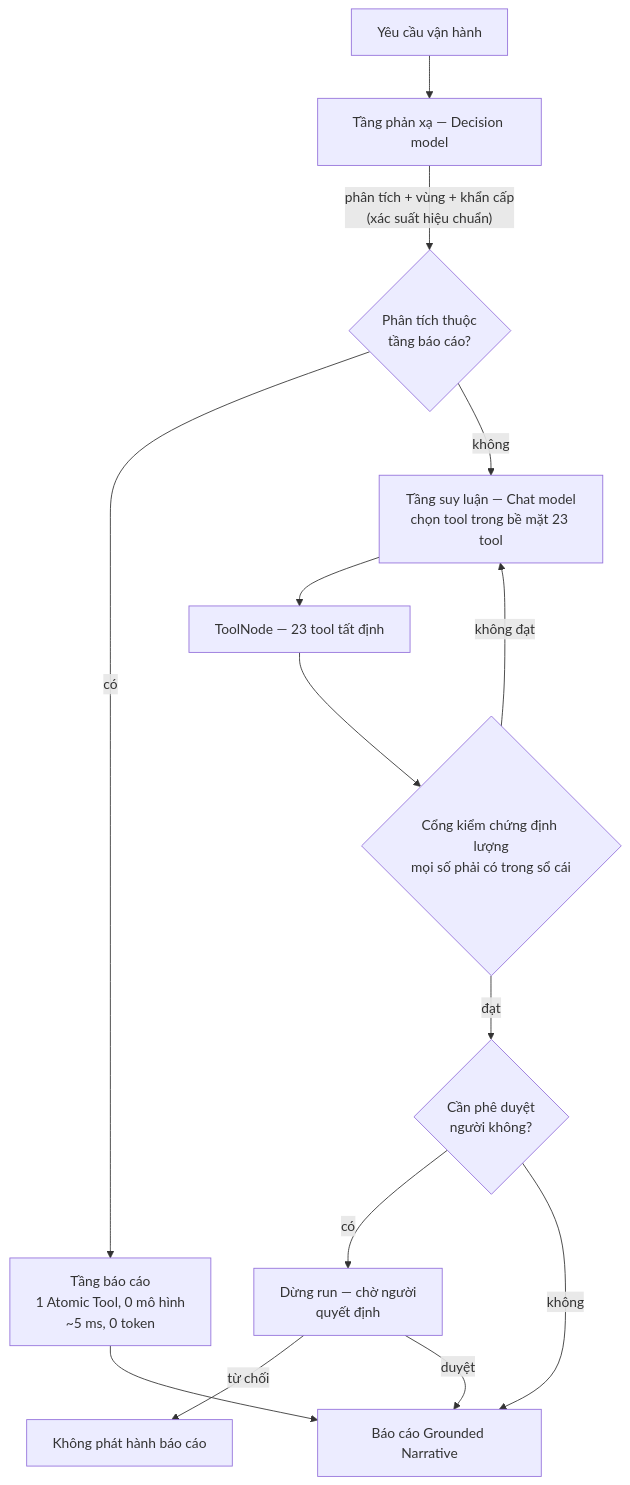
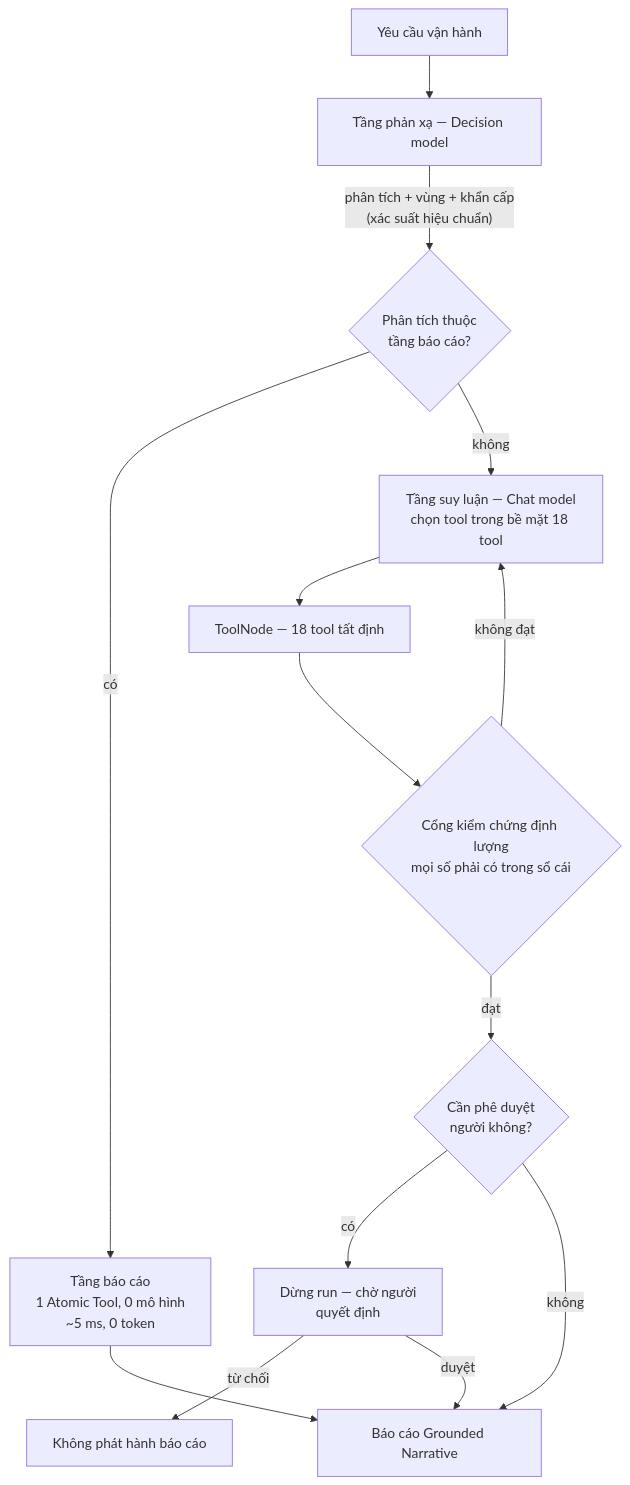
One commit to the-aris-club/flare-chronos changed the diagram in exports/MODEL_FLOW.md. Above: the diagram before and after it, drawn with Mermaid. The commit also changed 3 other files, not shown here.

````diff
--- a/exports/MODEL_FLOW.md
+++ b/exports/MODEL_FLOW.md
@@ -35,16 +35,16 @@
 ```mermaid
 flowchart TD
     Q["Yêu cầu vận hành"] --> S1["Tầng phản xạ — Decision model"]
     S1 -->|"phân tích + vùng + khẩn cấp<br/>(xác suất hiệu chuẩn)"| ROUTE{"Phân tích thuộc<br/>tầng báo cáo?"}
     ROUTE -->|"có"| FAST["Tầng báo cáo<br/>1 Atomic Tool, 0 mô hình<br/>~5 ms, 0 token"]
-    ROUTE -->|"không"| S2["Tầng suy luận — Chat model<br/>chọn tool trong bề mặt 23 tool"]
-    S2 --> TOOLS["ToolNode — 23 tool tất định"]
+    ROUTE -->|"không"| S2["Tầng suy luận — Chat model<br/>chọn tool trong bề mặt 18 tool"]
+    S2 --> TOOLS["ToolNode — 18 tool tất định"]
     TOOLS --> GATE{"Cổng kiểm chứng định lượng<br/>mọi số phải có trong sổ cái"}
     GATE -->|"đạt"| SIGN{"Cần phê duyệt<br/>người không?"}
     GATE -->|"không đạt"| S2
     SIGN -->|"có"| HUMAN["Dừng run — chờ người<br/>quyết định"]
     HUMAN -->|"từ chối"| NONE["Không phát hành báo cáo"]
     HUMAN -->|"duyệt"| OUT["Báo cáo Grounded Narrative"]
     SIGN -->|"không"| OUT
     FAST --> OUT
 ```
````
